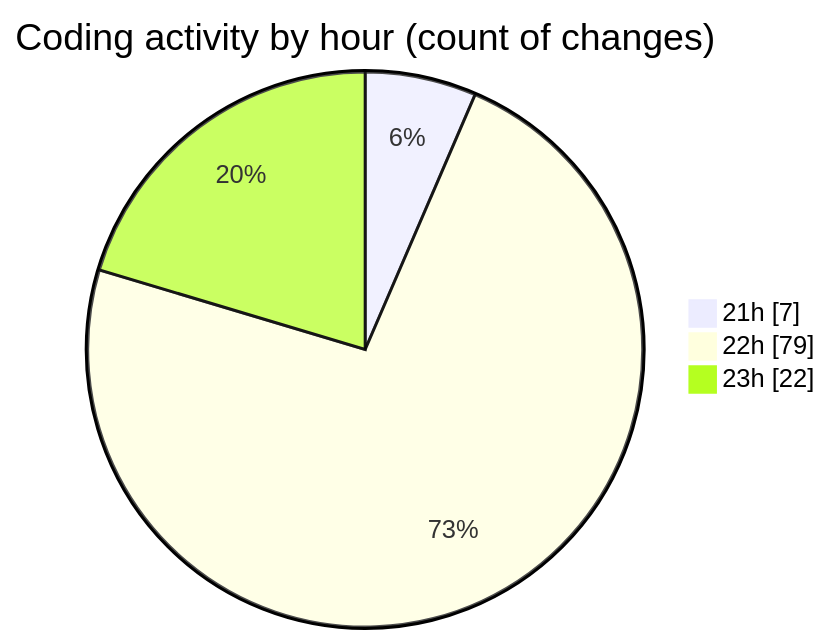
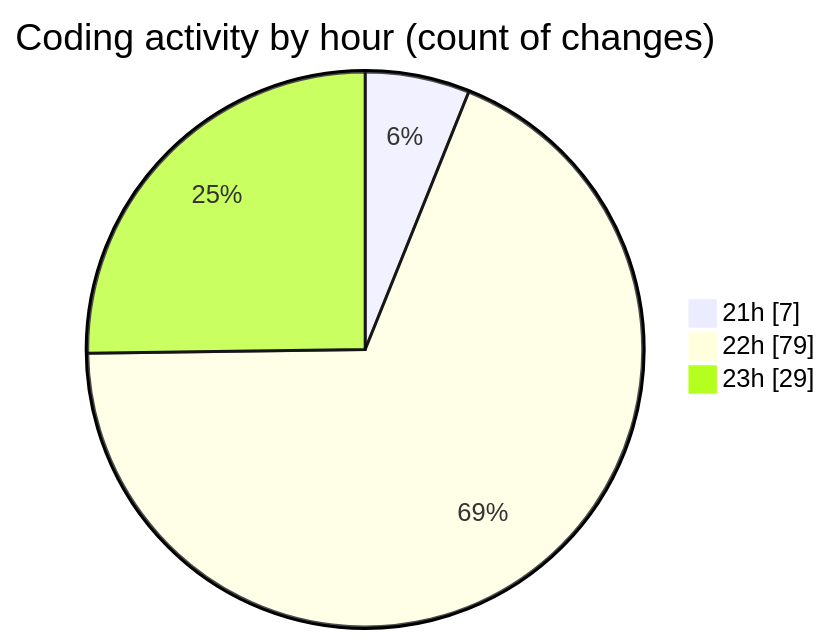
One commit to EIIisD/code-tracking changed the second of 2 diagrams in 2025-08-26/mcp-web/README.md. Above: the diagram before and after it, drawn with Mermaid. The commit also changed other lines of this file and 1 other file, not shown here.

````diff
--- a/2025-08-26/mcp-web/README.md
+++ b/2025-08-26/mcp-web/README.md
@@ -37,7 +37,7 @@
 ```mermaid
 pie showData
 title Coding activity by hour (count of changes)
 "21h" : 7
 "22h" : 79
-"23h" : 22
+"23h" : 29
 ```
````
